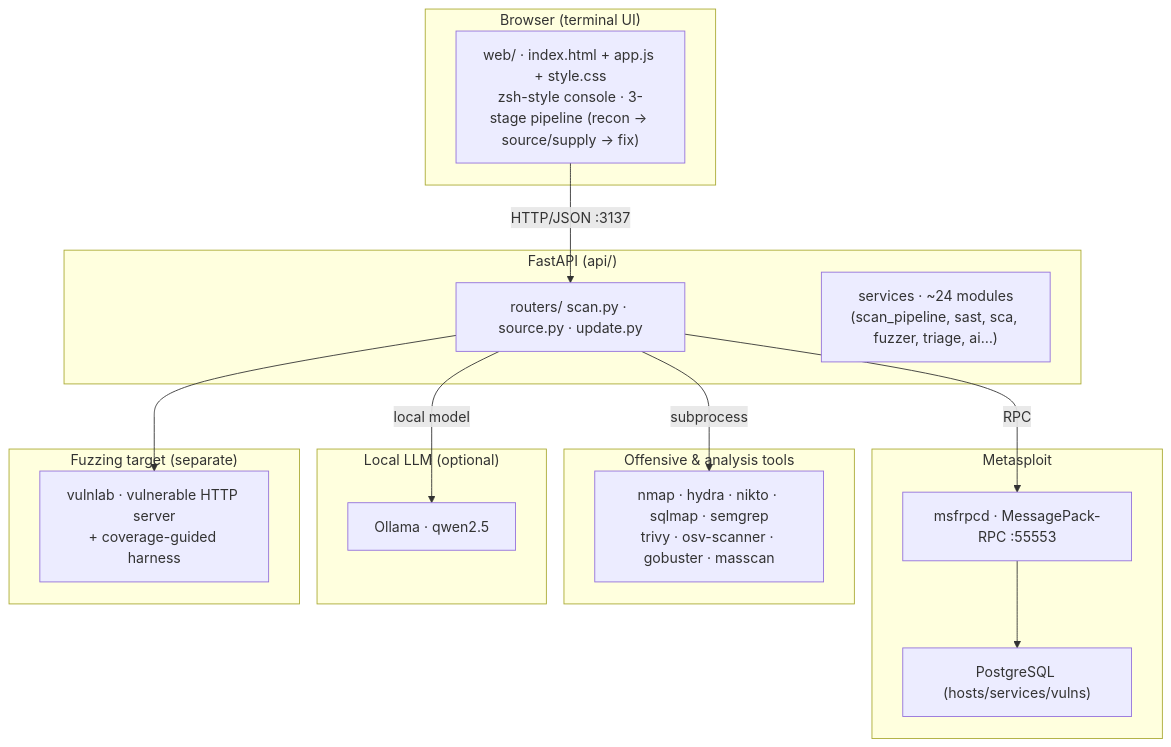
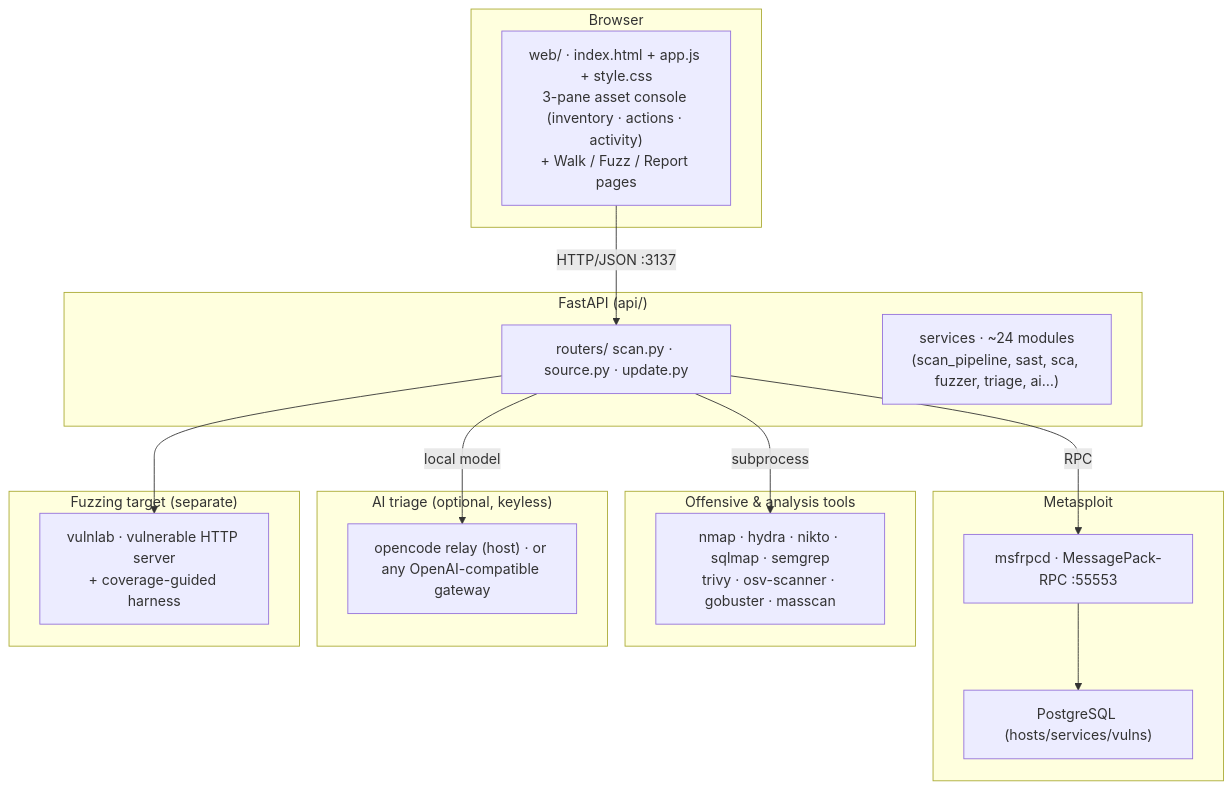
One commit to Greg-2600/h4k changed the diagram in README.md. Above: the diagram before and after it, drawn with Mermaid. The commit also changed other lines of this file and 3 other files, not shown here.

````diff
--- a/README.md
+++ b/README.md
@@ -118,35 +140,35 @@
 ```mermaid
 flowchart TB
-    subgraph browser["Browser (terminal UI)"]
-        UI["web/ · index.html + app.js + style.css<br/>zsh-style console · 3-stage pipeline (recon → source/supply → fix)"]
+    subgraph browser["Browser"]
+        UI["web/ · index.html + app.js + style.css<br/>3-pane asset console (inventory · actions · activity)<br/>+ Walk / Fuzz / Report pages"]
     end
 
     subgraph api["FastAPI (api/)"]
         R["routers/ scan.py · source.py · update.py"]
         S["services · ~24 modules<br/>(scan_pipeline, sast, sca, fuzzer, triage, ai…)"]
     end
 
     subgraph msf["Metasploit"]
         RPC["msfrpcd · MessagePack-RPC :55553"]
         DB["PostgreSQL (hosts/services/vulns)"]
     end
 
     subgraph tools["Offensive & analysis tools"]
         TOOLS["nmap · hydra · nikto · sqlmap · semgrep<br/>trivy · osv-scanner · gobuster · masscan"]
     end
 
-    subgraph llm["Local LLM (optional)"]
-        OLLAMA["Ollama · qwen2.5"]
+    subgraph llm["AI triage (optional, keyless)"]
+        OLLAMA["opencode relay (host) · or any OpenAI-compatible gateway"]
     end
 
     subgraph lab["Fuzzing target (separate)"]
         VULN["vulnlab · vulnerable HTTP server<br/>+ coverage-guided harness"]
     end
 
     UI -->|HTTP/JSON :3137| R
     R -->|RPC| RPC
     RPC --> DB
     R -->|subprocess| TOOLS
     R -->|local model| OLLAMA
     R --> VULN
 ```
````
